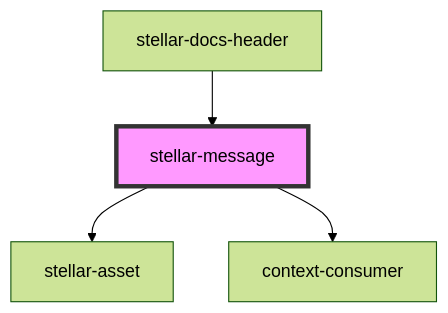
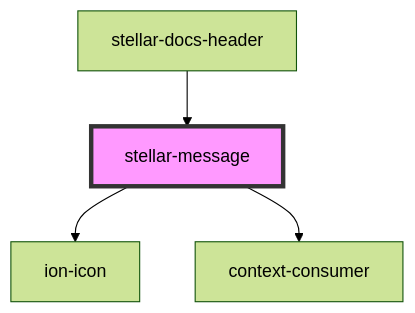
One commit to splitinfinities/Stellar changed the diagram in src/components/ui/message/readme.md. Above: the diagram before and after it, drawn with Mermaid (forest theme). The commit also changed other lines of this file and 108 other files, not shown here.

Commit message:
Remove stellar-asset.

````diff
--- a/src/components/ui/message/readme.md
+++ b/src/components/ui/message/readme.md
@@ -100,7 +100,7 @@
 ```mermaid
 graph TD;
-  stellar-message --> stellar-asset
+  stellar-message --> ion-icon
   stellar-message --> context-consumer
   stellar-docs-header --> stellar-message
   style stellar-message fill:#f9f,stroke:#333,stroke-width:4px
 ```
````
